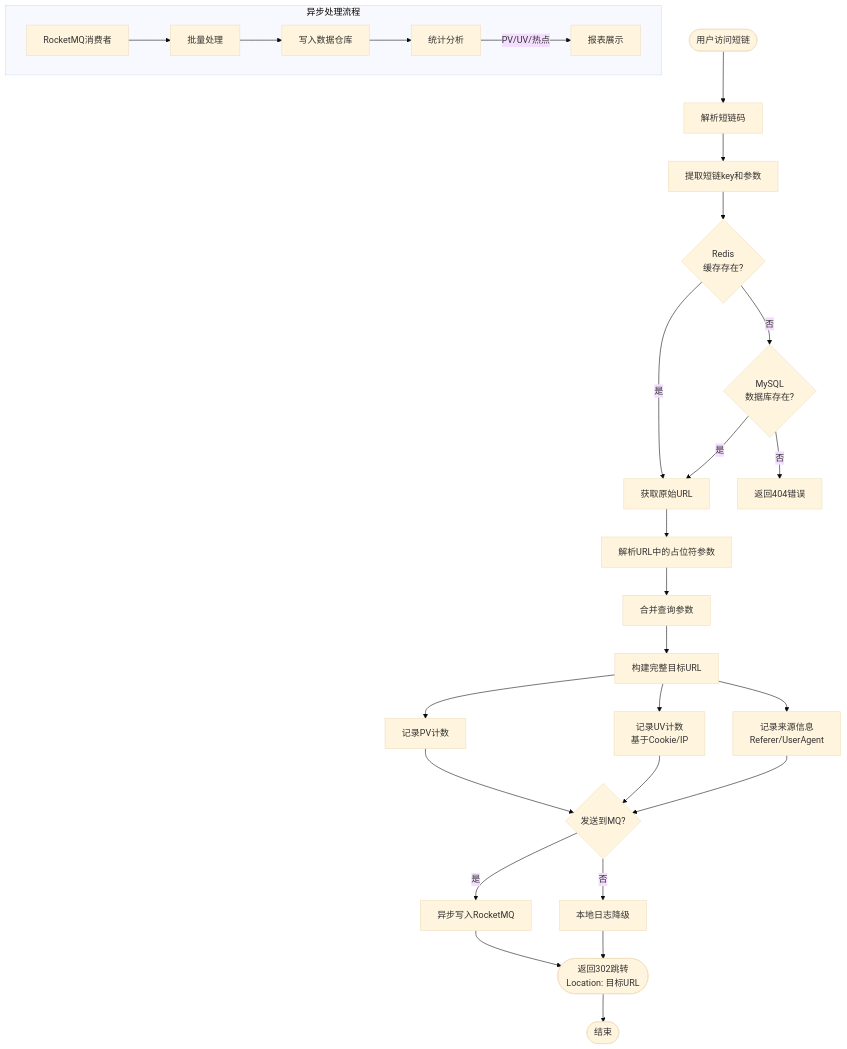
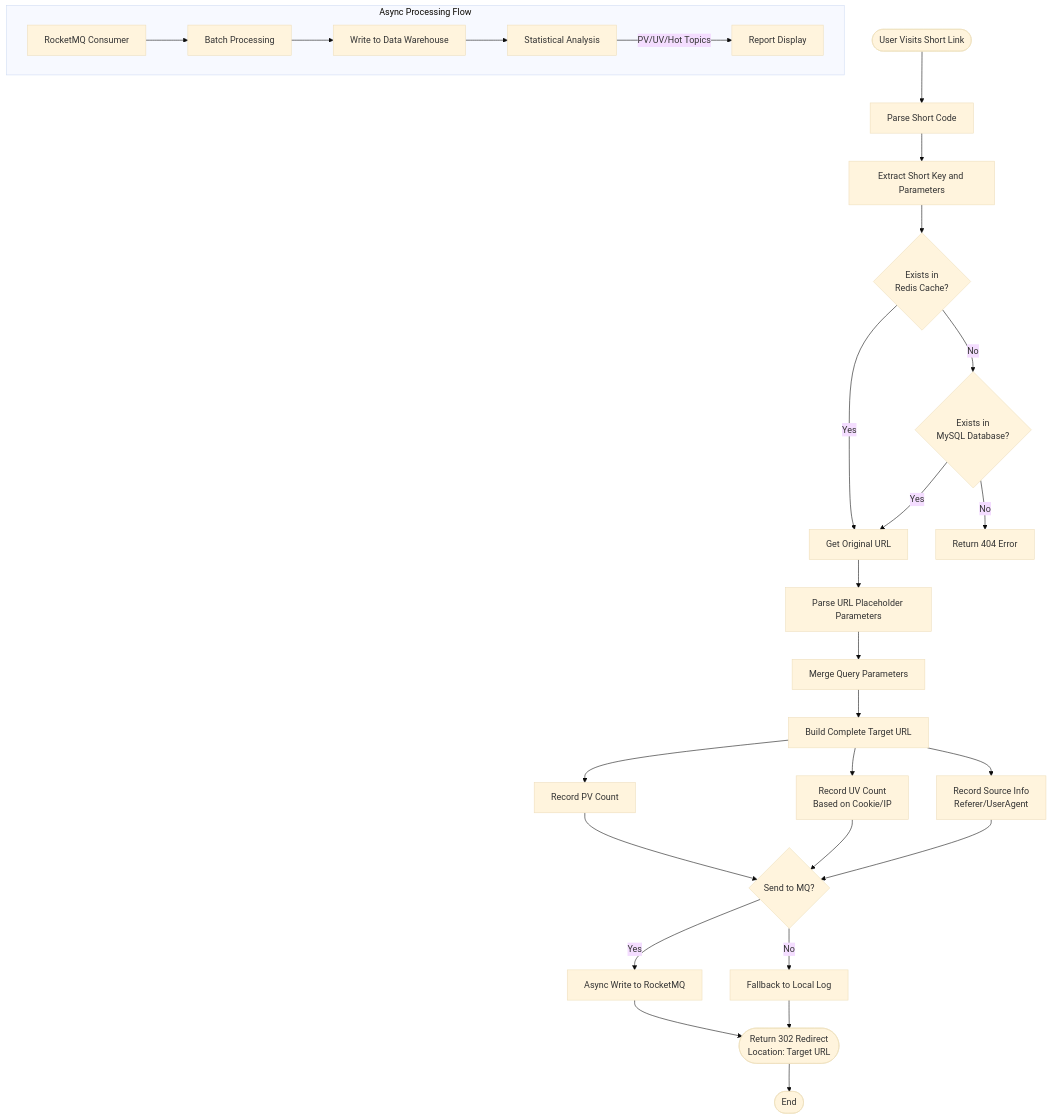
Before and after one commit to MariexAos/octopus: the third of 3 diagrams in docs/en/short-link-service-design.md, drawn with Mermaid (base theme). The commit also changed other lines of this file and 1 other file, not shown here.

````diff
--- a/docs/en/short-link-service-design.md
+++ b/docs/en/short-link-service-design.md
@@ -154,41 +154,41 @@
 ```mermaid
 flowchart TD
-    Start([用户访问短链]) --> Parse[解析短链码]
-    Parse --> Extract[提取短链key和参数]
+    Start([User Visits Short Link]) --> Parse[Parse Short Code]
+    Parse --> Extract[Extract Short Key and Parameters]
 
-    Extract --> CheckCache{Redis<br/>缓存存在?}
+    Extract --> CheckCache{Exists in<br/>Redis Cache?}
 
-    CheckCache -->|是| GetURL[获取原始URL]
-    CheckCache -->|否| CheckDB{MySQL<br/>数据库存在?}
+    CheckCache -->|Yes| GetURL[Get Original URL]
+    CheckCache -->|No| CheckDB{Exists in<br/>MySQL Database?}
 
-    CheckDB -->|是| GetURL
-    CheckDB -->|否| Error404[返回404错误]
+    CheckDB -->|Yes| GetURL
+    CheckDB -->|No| Error404[Return 404 Error]
 
-    GetURL --> ParseParams[解析URL中的占位符参数]
-    ParseParams --> MergeParams[合并查询参数]
+    GetURL --> ParseParams[Parse URL Placeholder Parameters]
+    ParseParams --> MergeParams[Merge Query Parameters]
 
-    MergeParams --> BuildURL[构建完整目标URL]
+    MergeParams --> BuildURL[Build Complete Target URL]
 
-    BuildURL --> CollectPV[记录PV计数]
-    BuildURL --> CollectUV[记录UV计数<br/>基于Cookie/IP]
-    BuildURL --> CollectSource[记录来源信息<br/>Referer/UserAgent]
+    BuildURL --> CollectPV[Record PV Count]
+    BuildURL --> CollectUV[Record UV Count<br/>Based on Cookie/IP]
+    BuildURL --> CollectSource[Record Source Info<br/>Referer/UserAgent]
 
-    CollectPV --> SendMQ{发送到MQ?}
+    CollectPV --> SendMQ{Send to MQ?}
     CollectUV --> SendMQ
     CollectSource --> SendMQ
 
-    SendMQ -->|是| AsyncLog[异步写入RocketMQ]
-    SendMQ -->|否| LocalLog[本地日志降级]
+    SendMQ -->|Yes| AsyncLog[Async Write to RocketMQ]
+    SendMQ -->|No| LocalLog[Fallback to Local Log]
 
     AsyncLog --> Redirect
     LocalLog --> Redirect
 
-    Redirect([返回302跳转<br/>Location: 目标URL]) --> End([结束])
+    Redirect([Return 302 Redirect<br/>Location: Target URL]) --> End([End])
 
-    subgraph "异步处理流程"
-        MQConsumer[RocketMQ消费者] --> Batch[批量处理]
-        Batch --> DW[写入数据仓库]
-        DW --> Analytics[统计分析]
-        Analytics -->|PV/UV/热点| Report[报表展示]
+    subgraph "Async Processing Flow"
+        MQConsumer[RocketMQ Consumer] --> Batch[Batch Processing]
+        Batch --> DW[Write to Data Warehouse]
+        DW --> Analytics[Statistical Analysis]
+        Analytics -->|PV/UV/Hot Topics| Report[Report Display]
     end
 ```
````
